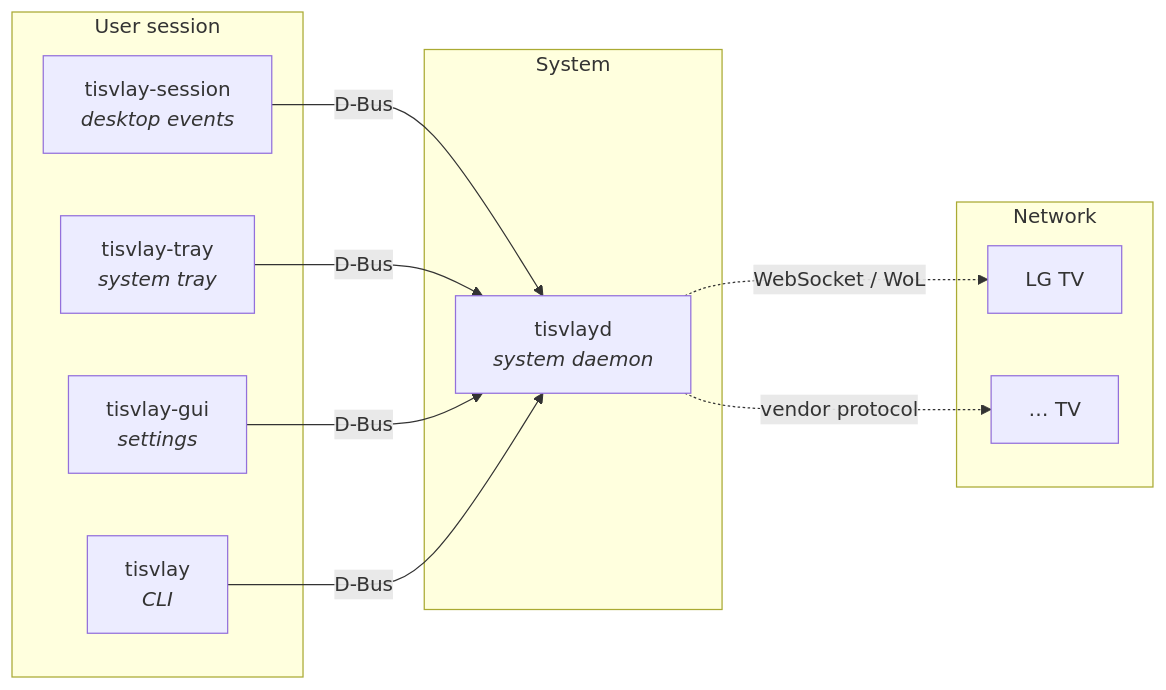
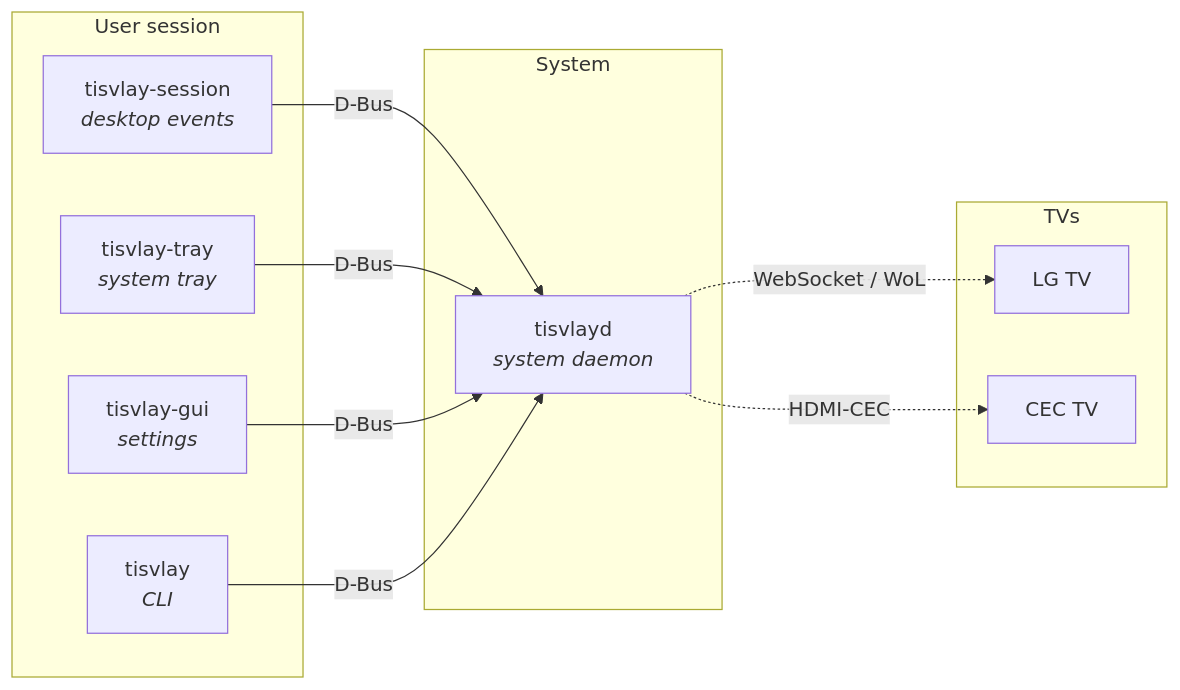
Before and after one commit to TisVlay/TisVlay: the diagram in docs/book/src/introduction.md, drawn with Mermaid. The commit also changed other lines of this file and 7 other files, not shown here.

````diff
--- a/docs/book/src/introduction.md
+++ b/docs/book/src/introduction.md
@@ -32,25 +32,25 @@
 ```mermaid
 graph LR
     subgraph User session
         Session["tisvlay-session<br/><i>desktop events</i>"]
         Tray["tisvlay-tray<br/><i>system tray</i>"]
         Gui["tisvlay-gui<br/><i>settings</i>"]
         Cli["tisvlay<br/><i>CLI</i>"]
     end
 
     subgraph System
         Daemon["tisvlayd<br/><i>system daemon</i>"]
     end
 
-    subgraph Network
+    subgraph TVs
         TV1["LG TV"]
-        TV2["… TV"]
+        TV2["CEC TV"]
     end
 
     Session -->|D-Bus| Daemon
     Tray -->|D-Bus| Daemon
     Gui -->|D-Bus| Daemon
     Cli -->|D-Bus| Daemon
     Daemon -.->|WebSocket / WoL| TV1
-    Daemon -.->|vendor protocol| TV2
+    Daemon -.->|HDMI-CEC| TV2
 ```
````
